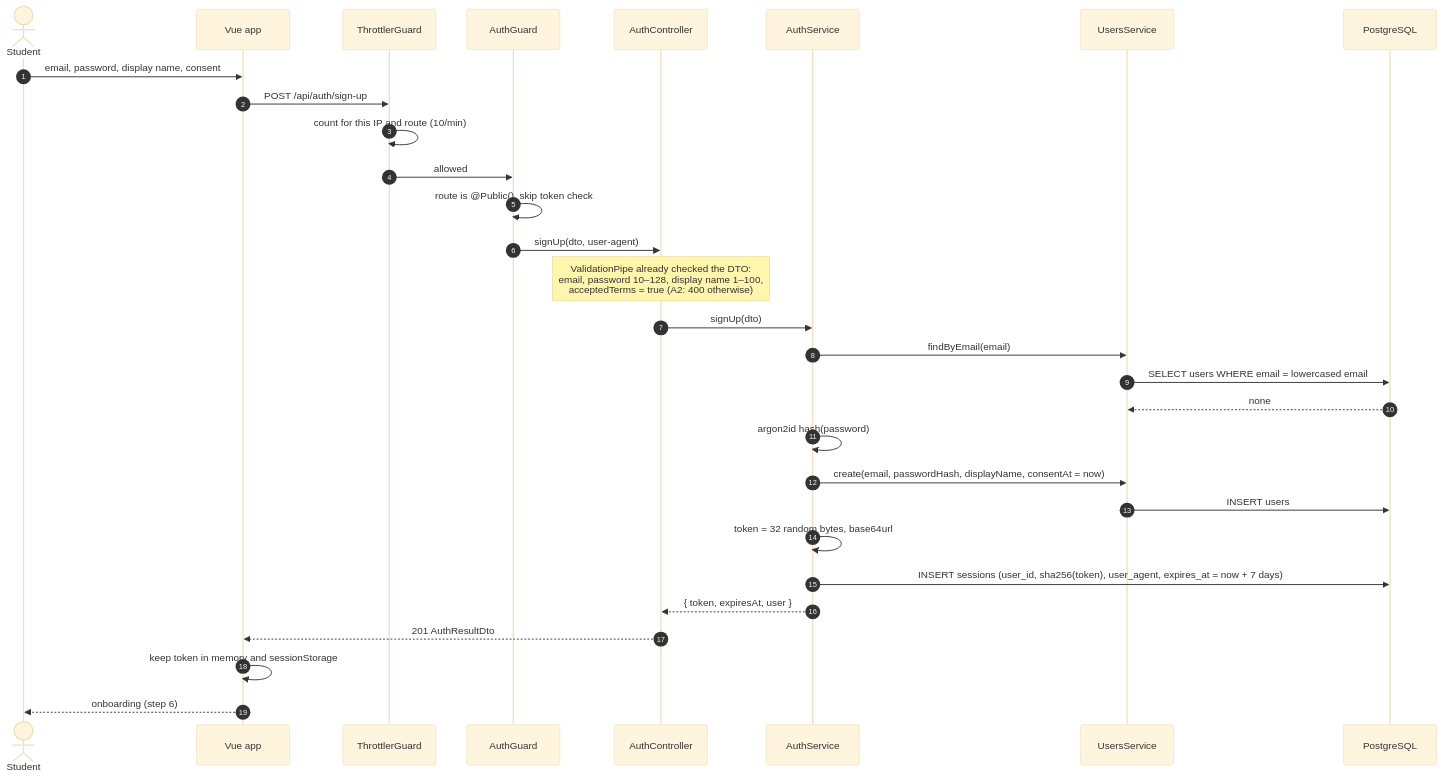
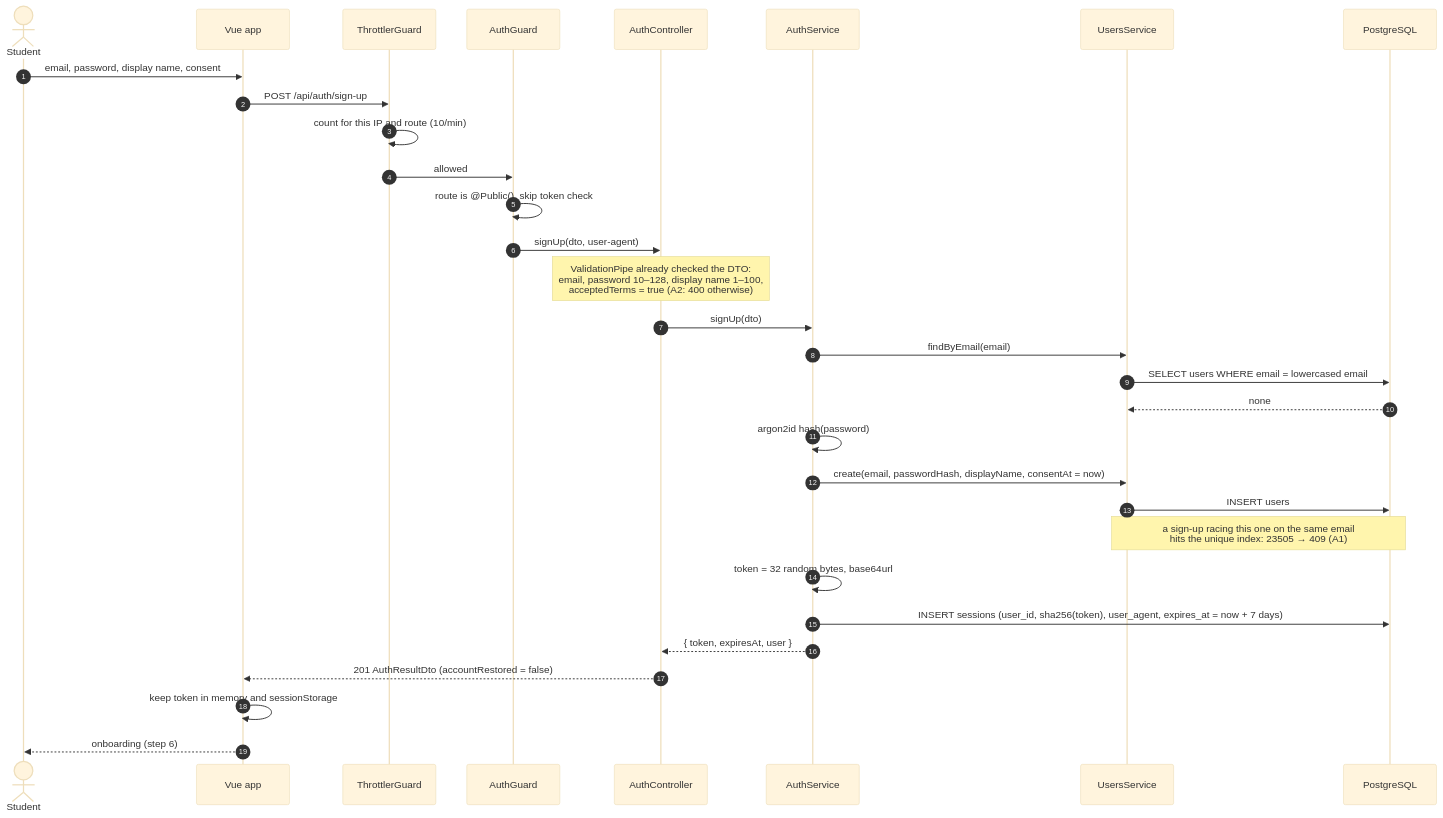
One commit to LLaammTTeerr/omnicourses changed the first of 5 diagrams in docs/analysis-and-design/sequence-diagrams/UC-01-sign-up-and-onboard.md. Above: the diagram before and after it, drawn with Mermaid (base theme). The commit also changed other lines of this file, not shown here.

First line of the commit message:
docs(design): draw account restore and the sign-up race in uc-01

````diff
--- a/docs/analysis-and-design/sequence-diagrams/UC-01-sign-up-and-onboard.md
+++ b/docs/analysis-and-design/sequence-diagrams/UC-01-sign-up-and-onboard.md
@@ -12,33 +12,34 @@
 ```mermaid
 sequenceDiagram
     autonumber
     actor Student
     participant SPA as Vue app
     participant Throttle as ThrottlerGuard
     participant Guard as AuthGuard
     participant Ctrl as AuthController
     participant Auth as AuthService
     participant Users as UsersService
     participant DB as PostgreSQL
 
     Student->>SPA: email, password, display name, consent
     SPA->>Throttle: POST /api/auth/sign-up
     Throttle->>Throttle: count for this IP and route (10/min)
     Throttle->>Guard: allowed
     Guard->>Guard: route is @Public(), skip token check
     Guard->>Ctrl: signUp(dto, user-agent)
     Note over Ctrl: ValidationPipe already checked the DTO:<br/>email, password 10–128, display name 1–100,<br/>acceptedTerms = true (A2: 400 otherwise)
     Ctrl->>Auth: signUp(dto)
     Auth->>Users: findByEmail(email)
     Users->>DB: SELECT users WHERE email = lowercased email
     DB-->>Users: none
     Auth->>Auth: argon2id hash(password)
     Auth->>Users: create(email, passwordHash, displayName, consentAt = now)
     Users->>DB: INSERT users
+    Note over Users,DB: a sign-up racing this one on the same email<br/>hits the unique index: 23505 → 409 (A1)
     Auth->>Auth: token = 32 random bytes, base64url
     Auth->>DB: INSERT sessions (user_id, sha256(token), user_agent, expires_at = now + 7 days)
     Auth-->>Ctrl: { token, expiresAt, user }
-    Ctrl-->>SPA: 201 AuthResultDto
+    Ctrl-->>SPA: 201 AuthResultDto (accountRestored = false)
     SPA->>SPA: keep token in memory and sessionStorage
     SPA-->>Student: onboarding (step 6)
 ```
````
